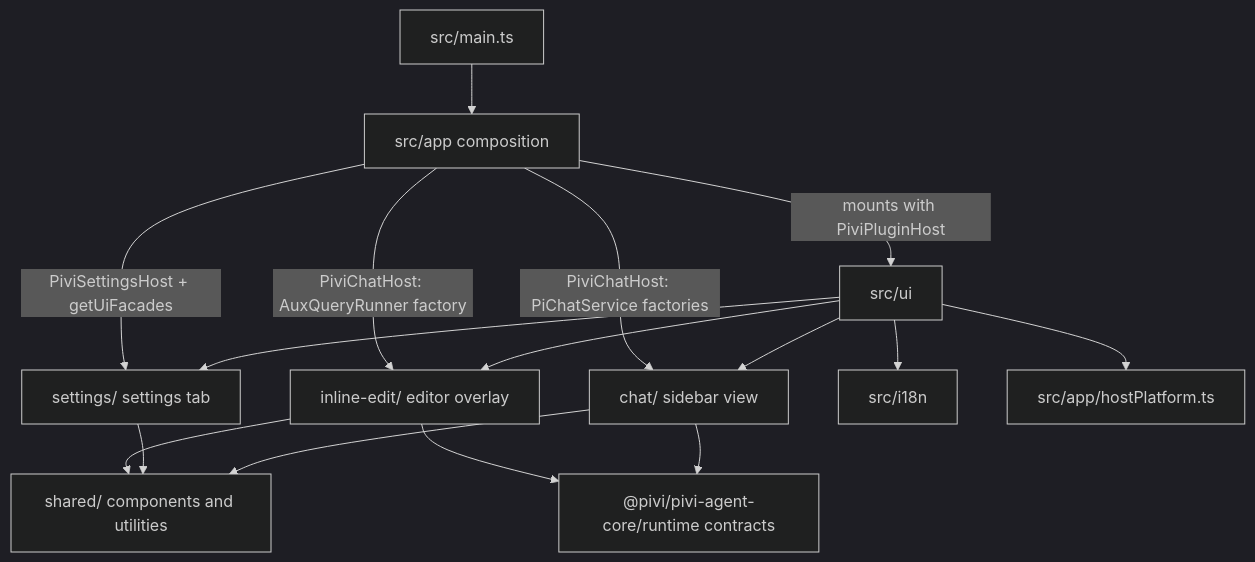
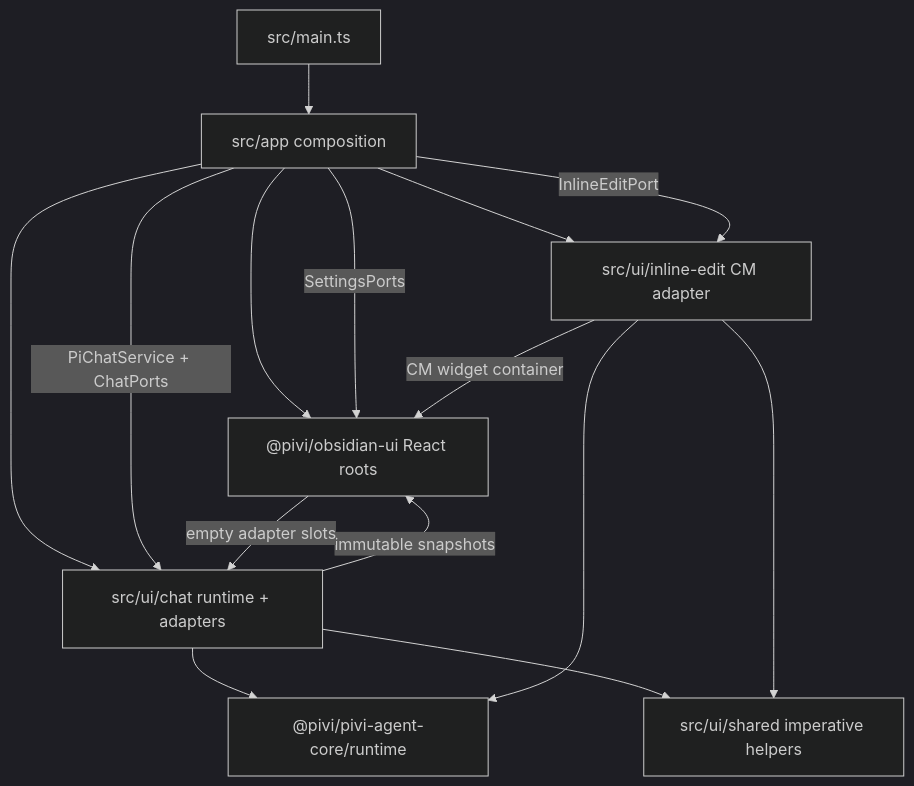
One commit to shuuul/obsidian-pivi changed the diagram in src/ui/AGENTS.md. Above: the diagram before and after it, drawn with Mermaid (dark theme). The commit also changed other lines of this file and 405 other files, not shown here.

First line of the commit message:
feat(obsidian-ui): migrate chat surfaces to React with HEAD parity

````diff
--- a/src/ui/AGENTS.md
+++ b/src/ui/AGENTS.md
@@ -13,18 +13,17 @@
 ```mermaid
 flowchart TD
   Main["src/main.ts"] --> App["src/app composition"]
-  App -- "mounts with PiviPluginHost" --> UI["src/ui"]
-  UI --> Chat["chat/ sidebar view"]
-  UI --> Settings["settings/ settings tab"]
-  UI --> Inline["inline-edit/ editor overlay"]
-  Chat --> Shared["shared/ components and utilities"]
-  Settings --> Shared
+  App --> ReactUI["@pivi/obsidian-ui React roots"]
+  App --> Chat["src/ui/chat runtime + adapters"]
+  App --> Inline["src/ui/inline-edit CM adapter"]
+  App -- "SettingsPorts" --> ReactUI
+  App -- "PiChatService + ChatPorts" --> Chat
+  App -- "InlineEditPort" --> Inline
+  Chat -- "immutable snapshots" --> ReactUI
+  ReactUI -- "empty adapter slots" --> Chat
+  Inline -- "CM widget container" --> ReactUI
+  Chat --> Runtime["@pivi/pivi-agent-core/runtime"]
+  Inline --> Runtime
+  Chat --> Shared["src/ui/shared imperative helpers"]
   Inline --> Shared
-  App -- "PiviChatHost: PiChatService factories" --> Chat
-  App -- "PiviSettingsHost + getUiFacades" --> Settings
-  App -- "PiviChatHost: AuxQueryRunner factory" --> Inline
-  Chat --> Runtime["@pivi/pivi-agent-core/runtime contracts"]
-  Inline --> Runtime
-  UI --> I18n["src/i18n"]
-  UI --> Platform["src/app/hostPlatform.ts"]
 ```
````
